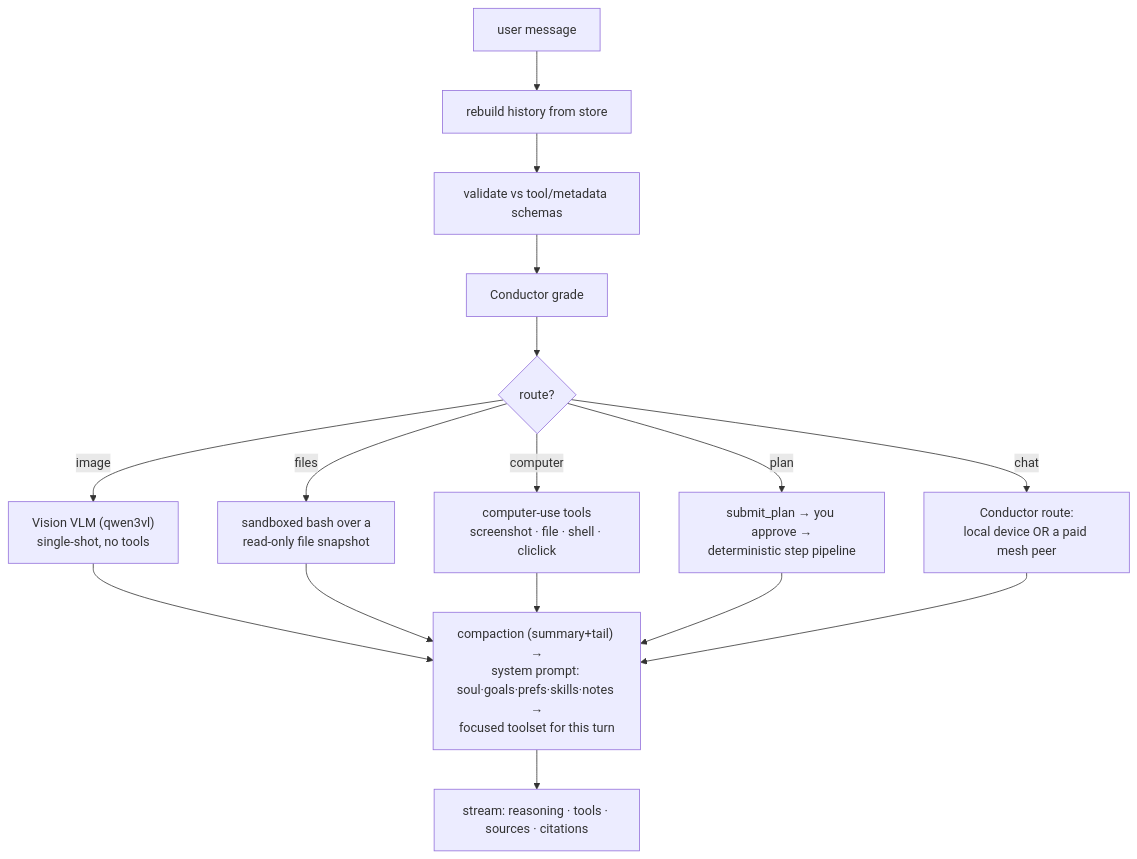
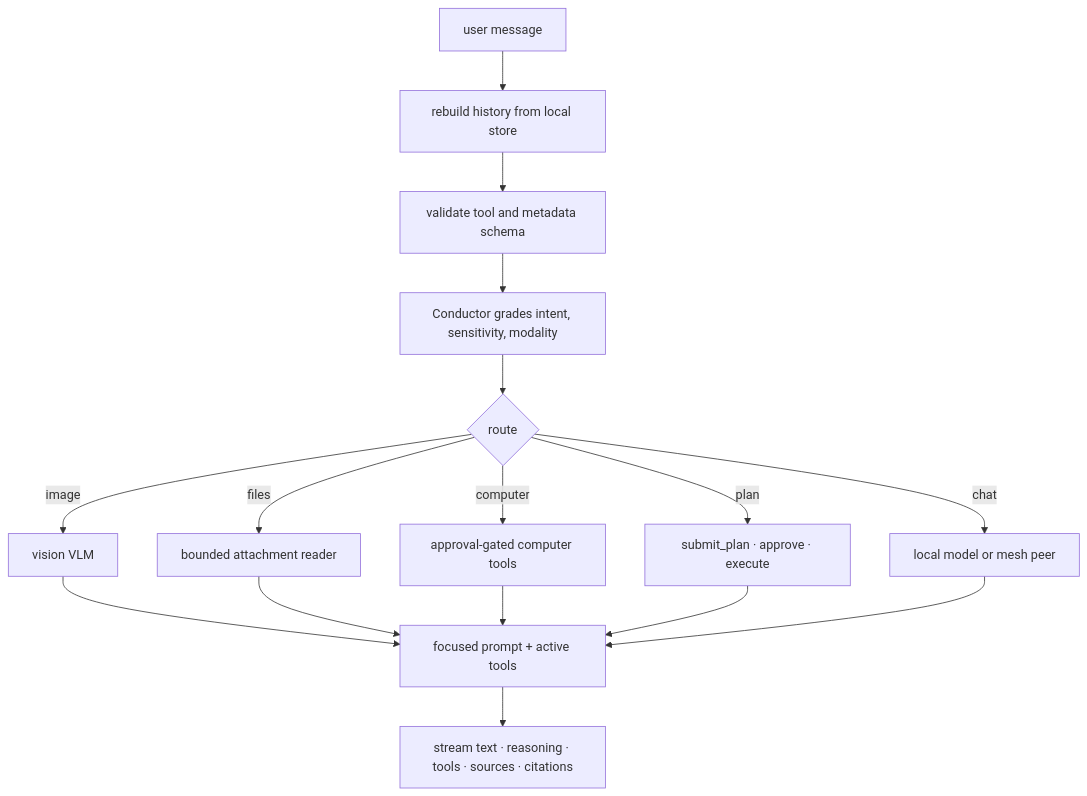
One commit to danielAsaboro/Leash changed the second of 2 diagrams in README.md. Above: the diagram before and after it, drawn with Mermaid. The commit also changed other lines of this file and 417 other files, not shown here.

````diff
--- a/README.md
+++ b/README.md
@@ -164,18 +185,18 @@
 ```mermaid
 flowchart TD
-  A[user message] --> B[rebuild history from store]
-  B --> C[validate vs tool/metadata schemas]
-  C --> D[Conductor grade]
-  D --> E{route?}
-  E -->|image| V["Vision VLM (qwen3vl)<br/>single-shot, no tools"]
-  E -->|files| F["sandboxed bash over a<br/>read-only file snapshot"]
-  E -->|computer| G["computer-use tools<br/>screenshot · file · shell · cliclick"]
-  E -->|plan| P["submit_plan → you approve →<br/>deterministic step pipeline"]
-  E -->|chat| H["Conductor route:<br/>local device OR a paid mesh peer"]
-  V --> I
+  A["user message"] --> B["rebuild history from local store"]
+  B --> C["validate tool and metadata schema"]
+  C --> D["Conductor grades intent, sensitivity, modality"]
+  D --> E{route}
+  E -->|"image"| V["vision VLM"]
+  E -->|"files"| F["bounded attachment reader"]
+  E -->|"computer"| G["approval-gated computer tools"]
+  E -->|"plan"| P["submit_plan · approve · execute"]
+  E -->|"chat"| H["local model or mesh peer"]
+  V --> I["focused prompt + active tools"]
   F --> I
   G --> I
   P --> I
-  H --> I["compaction (summary+tail) →<br/>system prompt: soul·goals·prefs·skills·notes →<br/>focused toolset for this turn"]
-  I --> K[stream: reasoning · tools · sources · citations]
+  H --> I
+  I --> K["stream text · reasoning · tools · sources · citations"]
 ```
````
